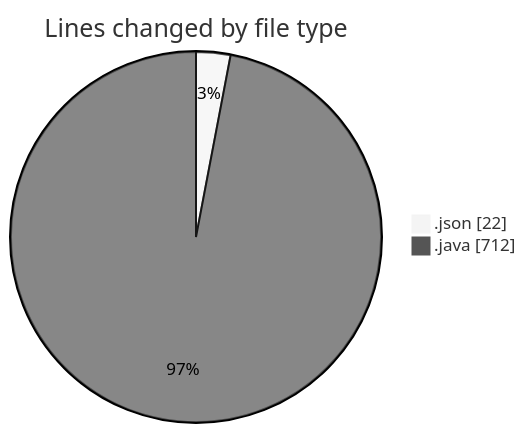
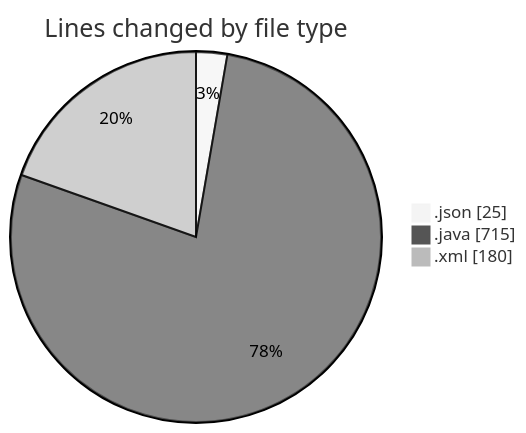
The first of 2 diagrams in 2025-02-23/codepack/README.md (charlie-sans/code-tracking), drawn with Mermaid (neutral theme) before and after one commit. The commit also changed other lines of this file and 1 other file, not shown here.

````diff
--- a/2025-02-23/codepack/README.md
+++ b/2025-02-23/codepack/README.md
@@ -22,6 +25,7 @@
 ```mermaid
 pie showData
 title Lines changed by file type
-".json" : 22
-".java" : 712
+".json" : 25
+".java" : 715
+".xml" : 180
 ```
````
